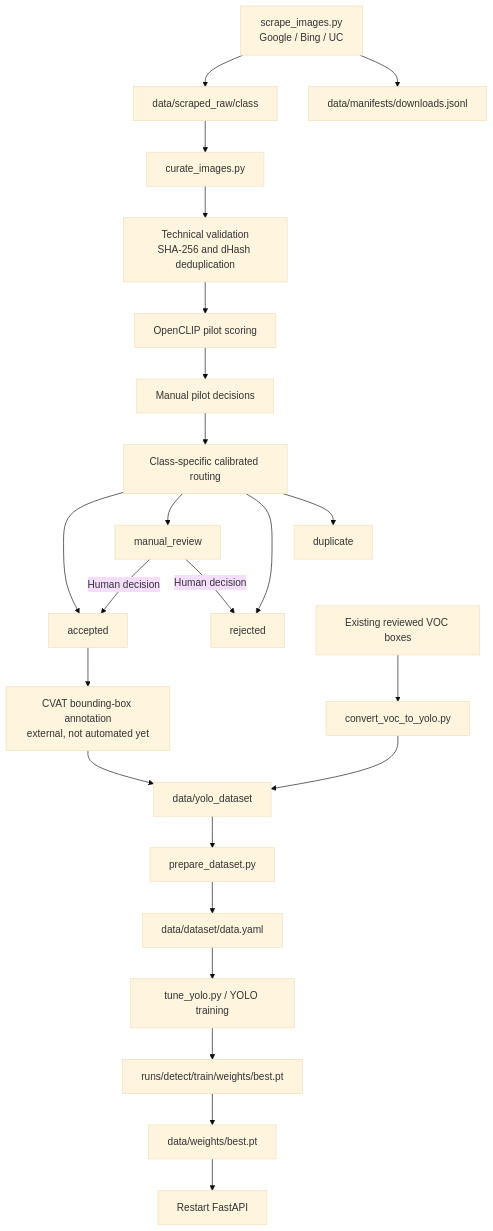
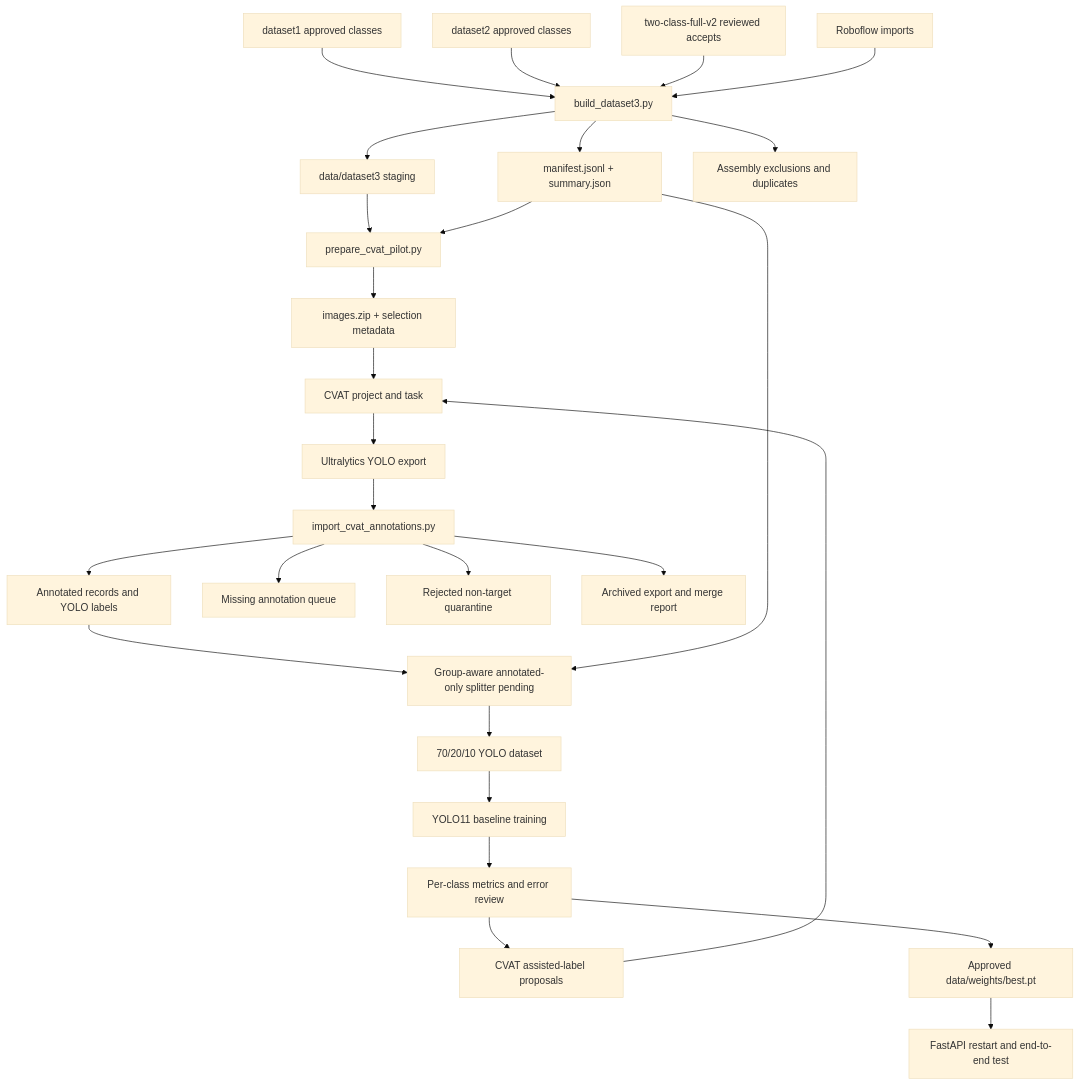
One commit to jiale2004/FoodSense-MY changed the second of 2 diagrams in docs/architecture.md. Above: the diagram before and after it, drawn with Mermaid (base theme). The commit also changed other lines of this file and 8 other files, not shown here.

First line of the commit message:
feat: add dataset3 consolidation and CVAT import pipeline

````diff
--- a/docs/architecture.md
+++ b/docs/architecture.md
@@ -104,26 +85,31 @@
 ```mermaid
 flowchart TD
-    A[scrape_images.py<br/>Google / Bing / UC] --> B[data/scraped_raw/class]
-    A --> C[data/manifests/downloads.jsonl]
-    B --> D[curate_images.py]
-    D --> E[Technical validation<br/>SHA-256 and dHash deduplication]
-    E --> F[OpenCLIP pilot scoring]
-    F --> G[Manual pilot decisions]
-    G --> H[Class-specific calibrated routing]
-    H --> I[accepted]
-    H --> J[manual_review]
-    H --> K[rejected]
-    H --> V[duplicate]
-    J -->|Human decision| I
-    J -->|Human decision| K
-    I --> L[CVAT bounding-box annotation<br/>external, not automated yet]
-    M[Existing reviewed VOC boxes] --> N[convert_voc_to_yolo.py]
-    L --> O[data/yolo_dataset]
-    N --> O
-    O --> P[prepare_dataset.py]
-    P --> Q[data/dataset/data.yaml]
-    Q --> R[tune_yolo.py / YOLO training]
-    R --> S[runs/detect/train/weights/best.pt]
-    S --> T[data/weights/best.pt]
-    T --> U[Restart FastAPI]
+    D1[dataset1 approved classes] --> Build[build_dataset3.py]
+    D2[dataset2 approved classes] --> Build
+    Web[two-class-full-v2 reviewed accepts] --> Build
+    RF[Roboflow imports] --> Build
+    Build --> Stage[data/dataset3 staging]
+    Build --> Manifest[manifest.jsonl + summary.json]
+    Build --> Reject0[Assembly exclusions and duplicates]
+
+    Stage --> Select[prepare_cvat_pilot.py]
+    Manifest --> Select
+    Select --> Zip[images.zip + selection metadata]
+    Zip --> CVAT[CVAT project and task]
+    CVAT --> Export[Ultralytics YOLO export]
+    Export --> Merge[import_cvat_annotations.py]
+    Merge --> Annotated[Annotated records and YOLO labels]
+    Merge --> Missing[Missing annotation queue]
+    Merge --> Rejected[Rejected non-target quarantine]
+    Merge --> Audit[Archived export and merge report]
+
+    Annotated --> Split[Group-aware annotated-only splitter pending]
+    Manifest --> Split
+    Split --> Baseline[70/20/10 YOLO dataset]
+    Baseline --> Train[YOLO11 baseline training]
+    Train --> Evaluate[Per-class metrics and error review]
+    Evaluate --> Assist[CVAT assisted-label proposals]
+    Assist --> CVAT
+    Evaluate --> Promote[Approved data/weights/best.pt]
+    Promote --> App[FastAPI restart and end-to-end test]
 ```
````
